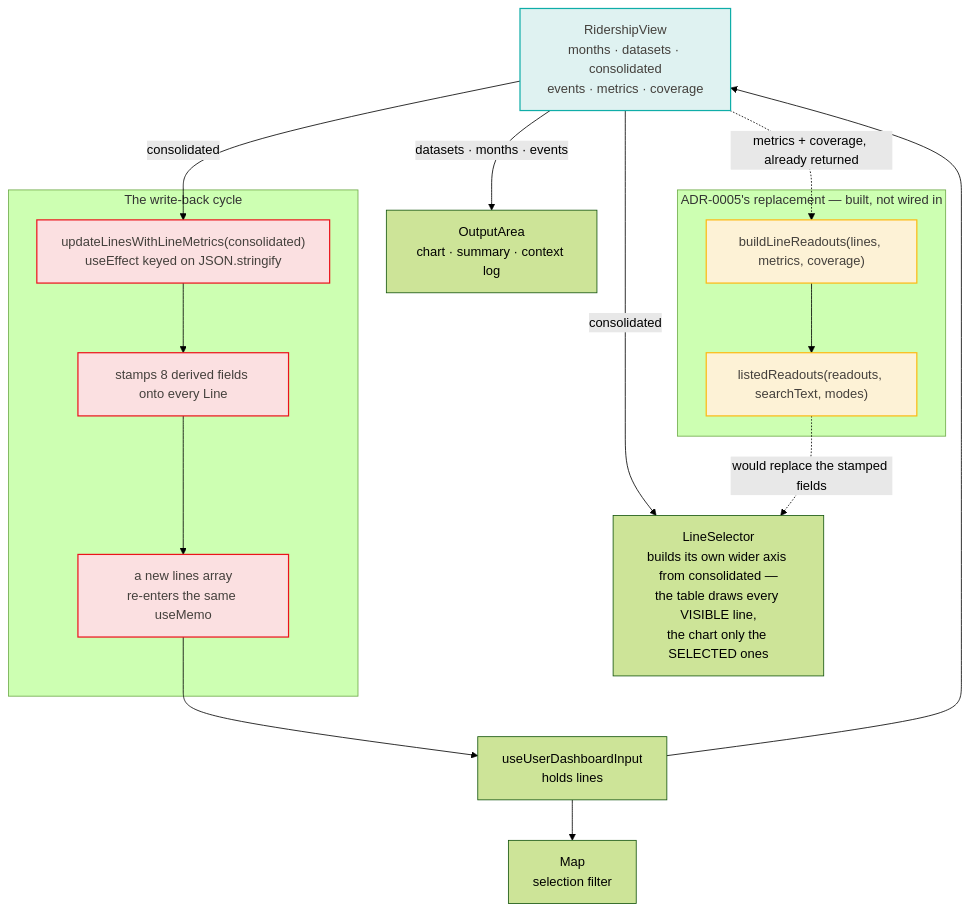
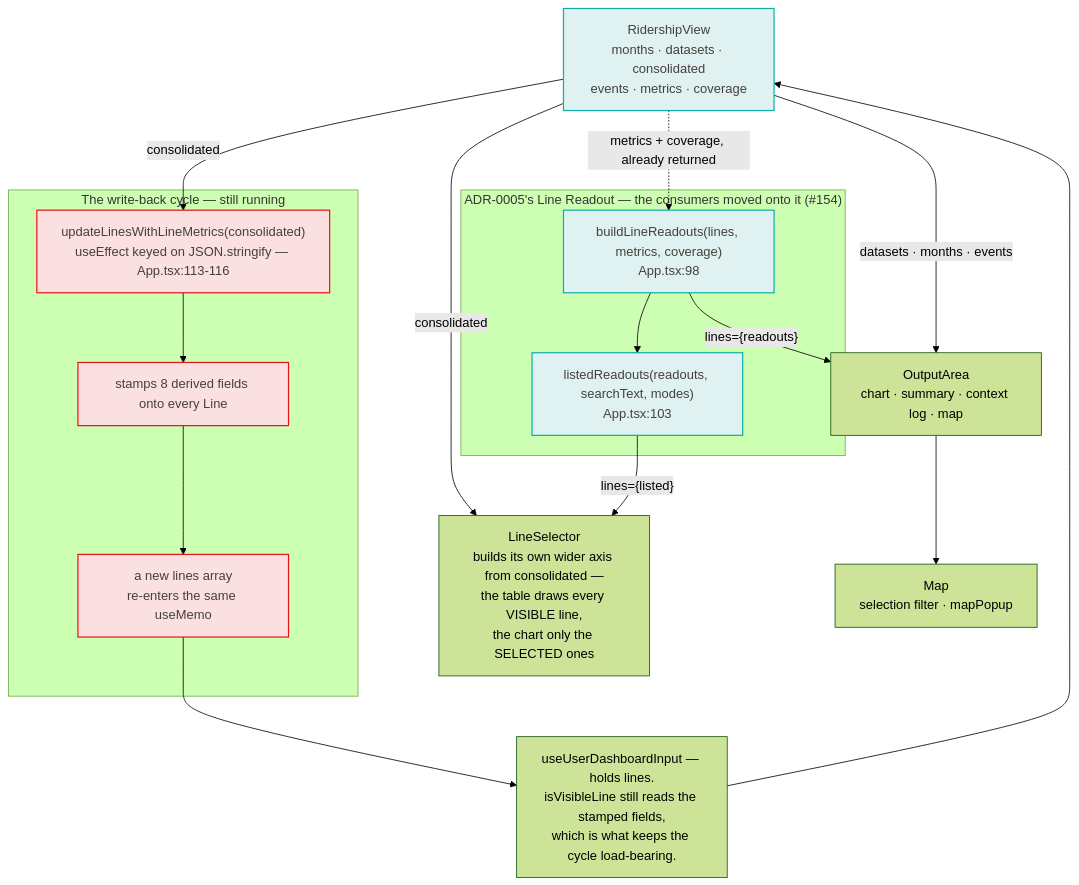
One commit to streetsforall/metro_ridership_app changed the diagram in docs/architecture/mermaid/06-runtime-consume-and-writeback.mmd. Above: the diagram before and after it, drawn with Mermaid (forest theme). The commit also changed 11 other files, not shown here.

First line of the commit message:
docs: record that #154 moved the consumers onto Line Readouts

```diff
--- a/docs/architecture/mermaid/06-runtime-consume-and-writeback.mmd
+++ b/docs/architecture/mermaid/06-runtime-consume-and-writeback.mmd
@@ -1,39 +1,38 @@
 flowchart TB
   view["RidershipView<br/>months · datasets · consolidated<br/>events · metrics · coverage"]
 
-  outputArea["OutputArea<br/>chart · summary · context log"]
+  outputArea["OutputArea<br/>chart · summary · context log · map"]
   lineSelector["LineSelector<br/>builds its own wider axis from consolidated —<br/>the table draws every VISIBLE line,<br/>the chart only the SELECTED ones"]
-  mapCmp["Map<br/>selection filter"]
+  mapCmp["Map<br/>selection filter · mapPopup"]
 
-  subgraph loop["The write-back cycle"]
-    writeback["updateLinesWithLineMetrics(consolidated)<br/>useEffect keyed on JSON.stringify"]
+  subgraph loop["The write-back cycle — still running"]
+    writeback["updateLinesWithLineMetrics(consolidated)<br/>useEffect keyed on JSON.stringify — App.tsx:113-116"]
     stamp["stamps 8 derived fields onto every Line"]
     fresh["a new lines array<br/>re-enters the same useMemo"]
     writeback --> stamp --> fresh
   end
 
-  hook["useUserDashboardInput<br/>holds lines"]
+  hook["useUserDashboardInput — holds lines.<br/>isVisibleLine still reads the stamped fields,<br/>which is what keeps the cycle load-bearing."]
 
-  subgraph replacement["ADR-0005's replacement — built, not wired in"]
-    readouts["buildLineReadouts(lines, metrics, coverage)"]
-    listed["listedReadouts(readouts, searchText, modes)"]
+  subgraph replacement["ADR-0005's Line Readout — the consumers moved onto it (#154)"]
+    readouts["buildLineReadouts(lines, metrics, coverage)<br/>App.tsx:98"]
+    listed["listedReadouts(readouts, searchText, modes)<br/>App.tsx:103"]
     readouts --> listed
   end
 
   view -- "datasets · months · events" --> outputArea
   view -- "consolidated" --> lineSelector
   view -- "consolidated" --> writeback
   view -. "metrics + coverage, already returned" .-> readouts
 
   fresh --> hook
-  hook --> mapCmp
   hook --> view
 
-  listed -. "would replace the stamped fields" .-> lineSelector
+  readouts -- "lines={readouts}" --> outputArea
+  listed -- "lines={listed}" --> lineSelector
+  outputArea --> mapCmp
 
   classDef key fill:#dff2f1,stroke:#0fada8,stroke-width:1.5px,color:#44403c
   classDef cycle fill:#fbe0e1,stroke:#eb131b,stroke-width:1.5px,color:#44403c
-  classDef pending fill:#fdf2d6,stroke:#fdb913,stroke-width:1.5px,color:#44403c
-  class view key
+  class view,readouts,listed key
   class writeback,stamp,fresh cycle
-  class readouts,listed pending
```
